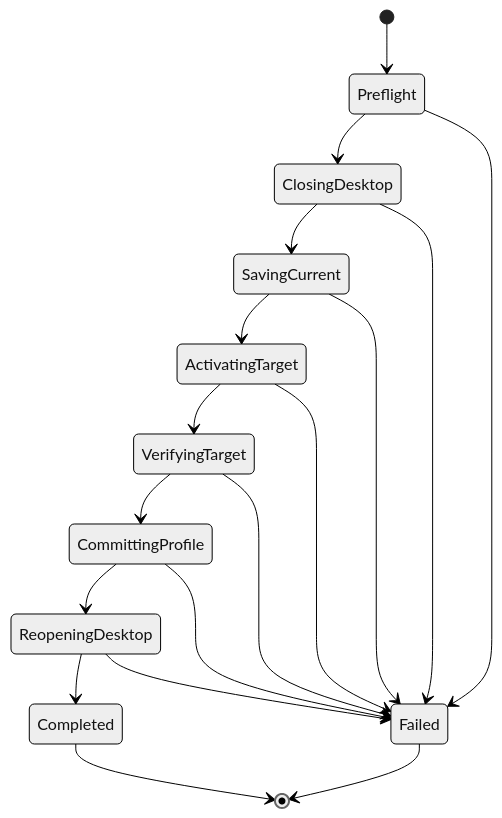
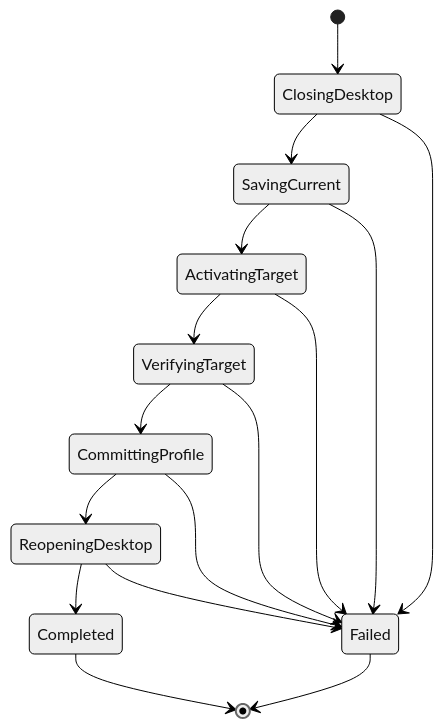
Before and after one commit to liuzhao1225/codex-account-switcher: the second of 3 diagrams in docs/system-design.md, drawn with Mermaid (neutral theme). The commit also changed other lines of this file and 28 other files, not shown here.

````diff
--- a/docs/system-design.md
+++ b/docs/system-design.md
@@ -438,22 +413,20 @@
 ```mermaid
 stateDiagram-v2
-    [*] --> Preflight
-    Preflight --> ClosingDesktop
+    [*] --> ClosingDesktop
     ClosingDesktop --> SavingCurrent
     SavingCurrent --> ActivatingTarget
     ActivatingTarget --> VerifyingTarget
     VerifyingTarget --> CommittingProfile
     CommittingProfile --> ReopeningDesktop
     ReopeningDesktop --> Completed
 
-    Preflight --> Failed
     ClosingDesktop --> Failed
     SavingCurrent --> Failed
     ActivatingTarget --> Failed
     VerifyingTarget --> Failed
     CommittingProfile --> Failed
     ReopeningDesktop --> Failed
 
     Completed --> [*]
     Failed --> [*]
 ```
````
